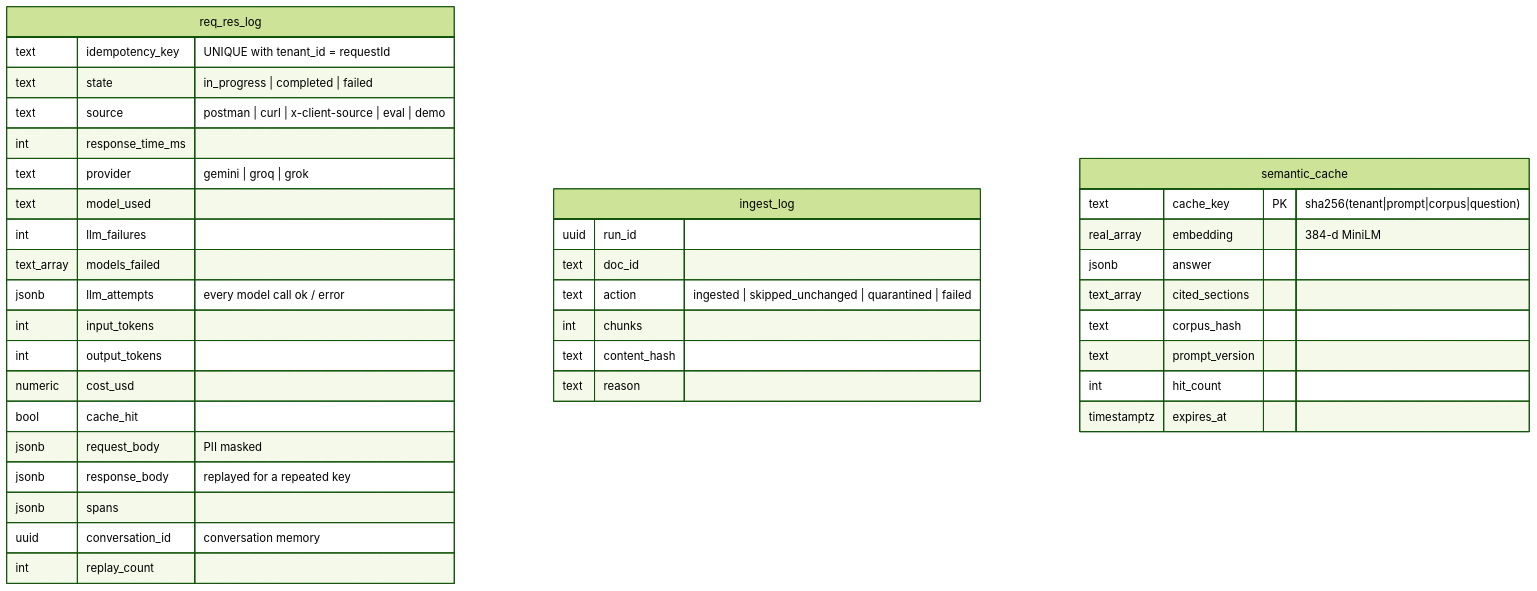
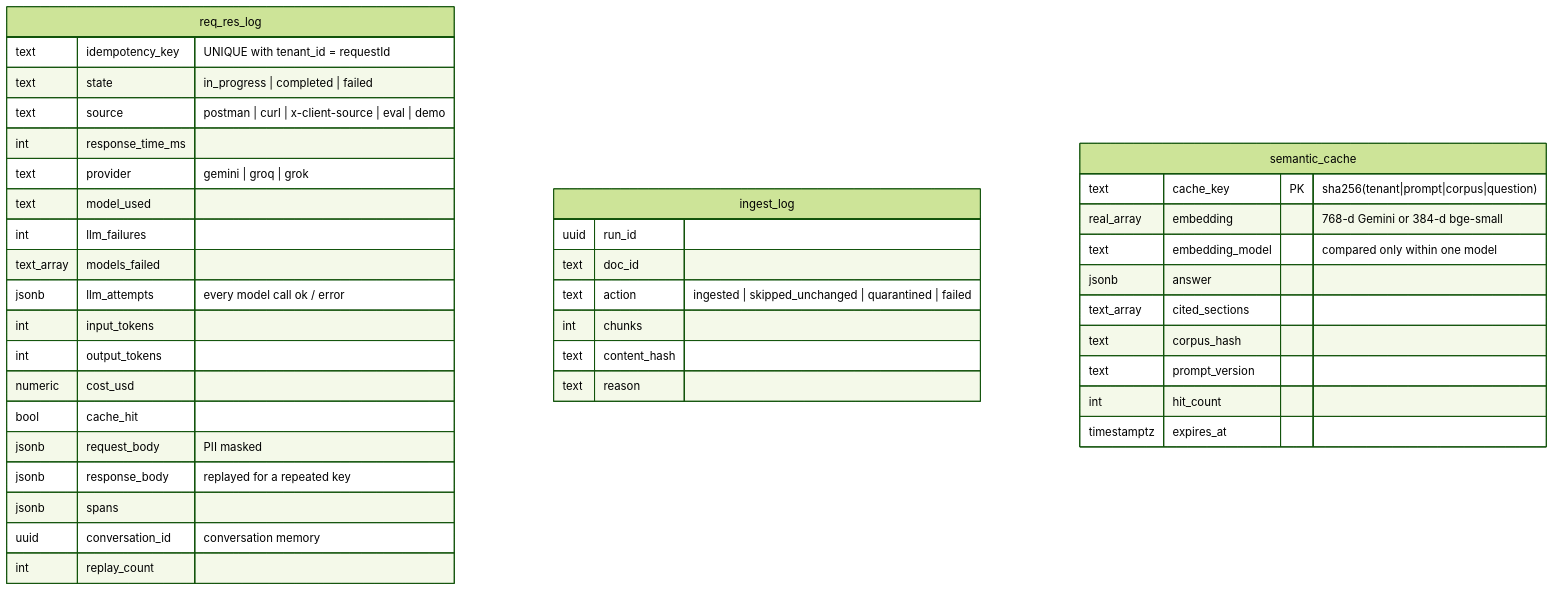
One commit to annu8932091318/Grounded-Card-RAG changed the sixth of 7 diagrams in docs/ARCHITECTURE.md. Above: the diagram before and after it, drawn with Mermaid (forest theme). The commit also changed other lines of this file and 38 other files, not shown here.

````diff
--- a/docs/ARCHITECTURE.md
+++ b/docs/ARCHITECTURE.md
@@ -182,41 +204,42 @@
 ```mermaid
 erDiagram
     req_res_log {
         text idempotency_key "UNIQUE with tenant_id = requestId"
         text state "in_progress | completed | failed"
         text source "postman | curl | x-client-source | eval | demo"
         int response_time_ms
         text provider "gemini | groq | grok"
         text model_used
         int llm_failures
         text_array models_failed
         jsonb llm_attempts "every model call ok / error"
         int input_tokens
         int output_tokens
         numeric cost_usd
         bool cache_hit
         jsonb request_body "PII masked"
         jsonb response_body "replayed for a repeated key"
         jsonb spans
         uuid conversation_id "conversation memory"
         int replay_count
     }
     ingest_log {
         uuid run_id
         text doc_id
         text action "ingested | skipped_unchanged | quarantined | failed"
         int chunks
         text content_hash
         text reason
     }
     semantic_cache {
         text cache_key PK "sha256(tenant|prompt|corpus|question)"
-        real_array embedding "384-d MiniLM"
+        real_array embedding "768-d Gemini or 384-d bge-small"
+        text embedding_model "compared only within one model"
         jsonb answer
         text_array cited_sections
         text corpus_hash
         text prompt_version
         int hit_count
         timestamptz expires_at
     }
 ```
````
